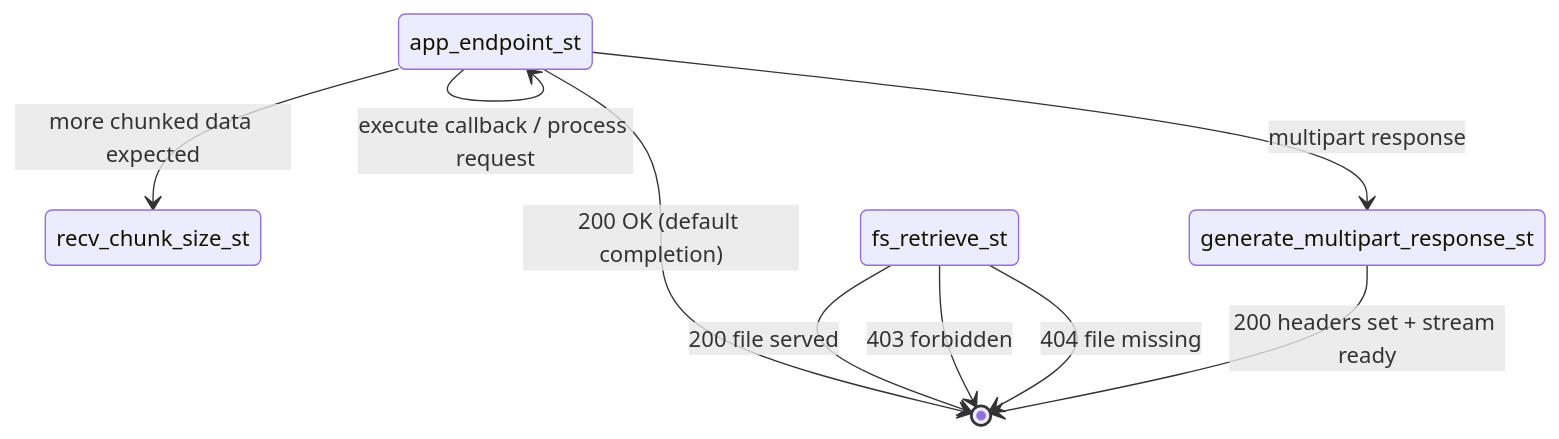
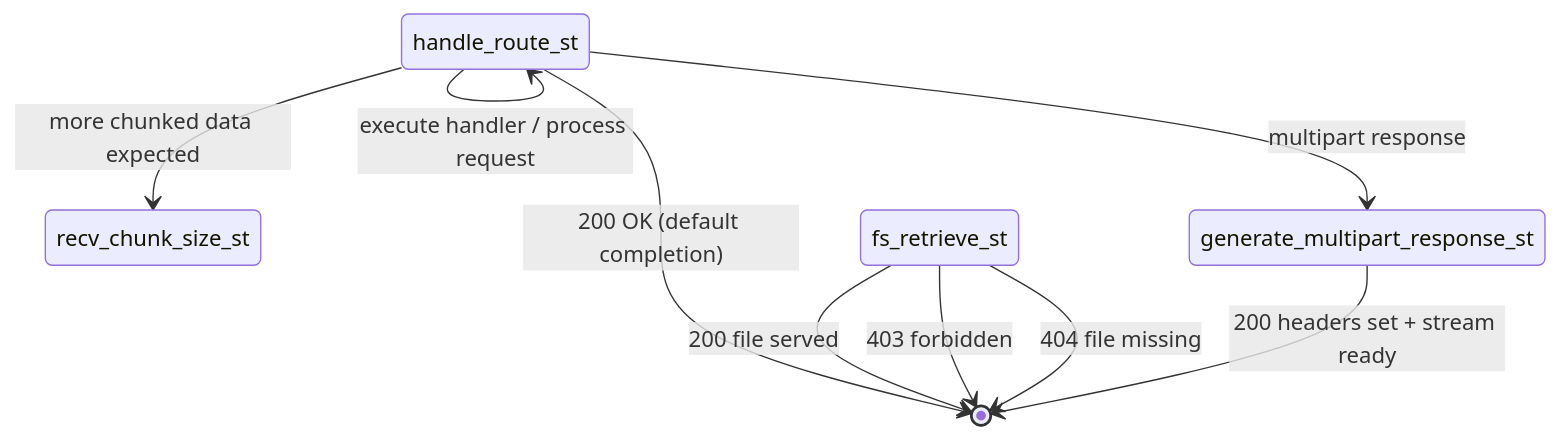
The third of 4 diagrams in docs/architecture/state_machine.md (szeka9/PyRobusta), drawn with Mermaid before and after one commit. The commit also changed other lines of this file and 13 other files, not shown here.

First line of the commit message:
Unify terminology; use "route" instead of "endpoint"

````diff
--- a/docs/architecture/state_machine.md
+++ b/docs/architecture/state_machine.md
@@ -62,17 +62,17 @@
 ```mermaid
 stateDiagram-v2
 
-    app_endpoint_st --> app_endpoint_st: execute callback / process request
+    handle_route_st --> handle_route_st: execute handler / process request
 
-    app_endpoint_st --> recv_chunk_size_st: more chunked data expected
+    handle_route_st --> recv_chunk_size_st: more chunked data expected
 
-    app_endpoint_st --> generate_multipart_response_st: multipart response
+    handle_route_st --> generate_multipart_response_st: multipart response
 
-    app_endpoint_st --> [*]: 200 OK (default completion)
+    handle_route_st --> [*]: 200 OK (default completion)
 
     fs_retrieve_st --> [*]: 200 file served
     fs_retrieve_st --> [*]: 403 forbidden
     fs_retrieve_st --> [*]: 404 file missing
 
     generate_multipart_response_st --> [*]: 200 headers set + stream ready
 ```
````
